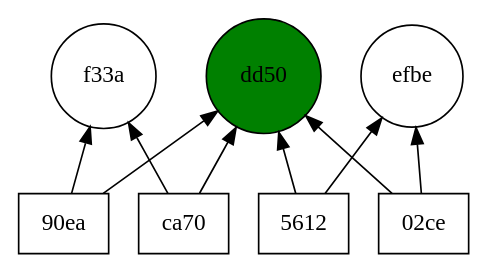
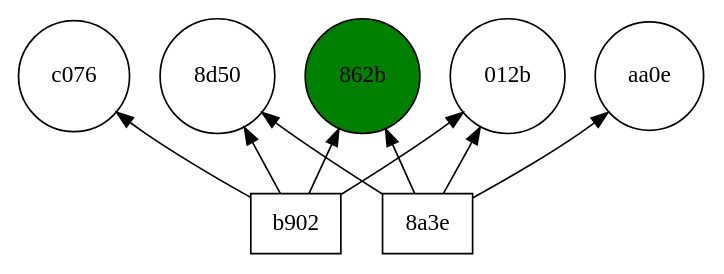
One commit to ziyadalrasbi/F20SC-CW2 changed the diagram in doctest-output/visitor.gv. Above: the diagram before and after it, drawn with Graphviz. The commit also changed 2 other files, not shown here.

```diff
--- a/doctest-output/visitor.gv
+++ b/doctest-output/visitor.gv
@@ -1,28 +1,26 @@
 digraph visitor {
 	graph [rank=max]
 	node [shape=rectangle]
-	"43f2f9d34fa890ea" [label="90ea" fillcolor=white shape=rectangle style=filled]
-	"43f2f9d34fa890ea" -> "140122212305-a9c8d5261144dc049258d07f4820f33a"
-	"43f2f9d34fa890ea" -> "140213232558-bdd53a3a2ae91f2c5f951187668edd50"
-	a24d810a16b05612 [label=5612 fillcolor=white shape=rectangle style=filled]
-	a24d810a16b05612 -> "140227013556-da667d2f4032e14a0808c5ae64fbefbe"
-	a24d810a16b05612 -> "140213232558-bdd53a3a2ae91f2c5f951187668edd50"
-	"4a1ac68aba36ca70" [label=ca70 fillcolor=white shape=rectangle style=filled]
-	"4a1ac68aba36ca70" -> "140122212305-a9c8d5261144dc049258d07f4820f33a"
-	"4a1ac68aba36ca70" -> "140213232558-bdd53a3a2ae91f2c5f951187668edd50"
-	"3d829216172e02ce" [label="02ce" fillcolor=white shape=rectangle style=filled]
-	"3d829216172e02ce" -> "140227013556-da667d2f4032e14a0808c5ae64fbefbe"
-	"3d829216172e02ce" -> "140213232558-bdd53a3a2ae91f2c5f951187668edd50"
+	"4065369dbee2b902" [label=b902 fillcolor=white shape=rectangle style=filled]
+	"4065369dbee2b902" -> "140310171202-000000002e5a8ff1f577548fec708d50"
+	"4065369dbee2b902" -> "140310170010-0000000067dc80801f1df696ae52862b"
+	"4065369dbee2b902" -> "140310171114-00000000950ae9deb4faca996b0ec076"
+	"4065369dbee2b902" -> "140310171030-000000008b8d98e95ac0797e7fdb012b"
+	"3c01241d5c3a8a3e" [label="8a3e" fillcolor=white shape=rectangle style=filled]
+	"3c01241d5c3a8a3e" -> "140310171202-000000002e5a8ff1f577548fec708d50"
+	"3c01241d5c3a8a3e" -> "140310165657-0000000068d21bb99dec3ad6ee60aa0e"
+	"3c01241d5c3a8a3e" -> "140310170010-0000000067dc80801f1df696ae52862b"
+	"3c01241d5c3a8a3e" -> "140310171030-000000008b8d98e95ac0797e7fdb012b"
 	subgraph document {
 		graph [rank=min]
 		node [shape=circle]
-		"140122212305-a9c8d5261144dc049258d07f4820f33a" [label=f33a fillcolor=white shape=circle]
-		"140122212305-a9c8d5261144dc049258d07f4820f33a" [label=f33a fillcolor=white shape=circle]
-		"140213232558-bdd53a3a2ae91f2c5f951187668edd50" [label=dd50 fillcolor=green shape=circle style=filled]
-		"140213232558-bdd53a3a2ae91f2c5f951187668edd50" [label=dd50 fillcolor=green shape=circle style=filled]
-		"140213232558-bdd53a3a2ae91f2c5f951187668edd50" [label=dd50 fillcolor=green shape=circle style=filled]
-		"140213232558-bdd53a3a2ae91f2c5f951187668edd50" [label=dd50 fillcolor=green shape=circle style=filled]
-		"140227013556-da667d2f4032e14a0808c5ae64fbefbe" [label=efbe fillcolor=white shape=circle]
-		"140227013556-da667d2f4032e14a0808c5ae64fbefbe" [label=efbe fillcolor=white shape=circle]
+		"140310165657-0000000068d21bb99dec3ad6ee60aa0e" [label=aa0e fillcolor=white shape=circle]
+		"140310170010-0000000067dc80801f1df696ae52862b" [label="862b" fillcolor=green shape=circle style=filled]
+		"140310170010-0000000067dc80801f1df696ae52862b" [label="862b" fillcolor=green shape=circle style=filled]
+		"140310171030-000000008b8d98e95ac0797e7fdb012b" [label="012b" fillcolor=white shape=circle]
+		"140310171030-000000008b8d98e95ac0797e7fdb012b" [label="012b" fillcolor=white shape=circle]
+		"140310171114-00000000950ae9deb4faca996b0ec076" [label=c076 fillcolor=white shape=circle]
+		"140310171202-000000002e5a8ff1f577548fec708d50" [label="8d50" fillcolor=white shape=circle]
+		"140310171202-000000002e5a8ff1f577548fec708d50" [label="8d50" fillcolor=white shape=circle]
 	}
 }
```
